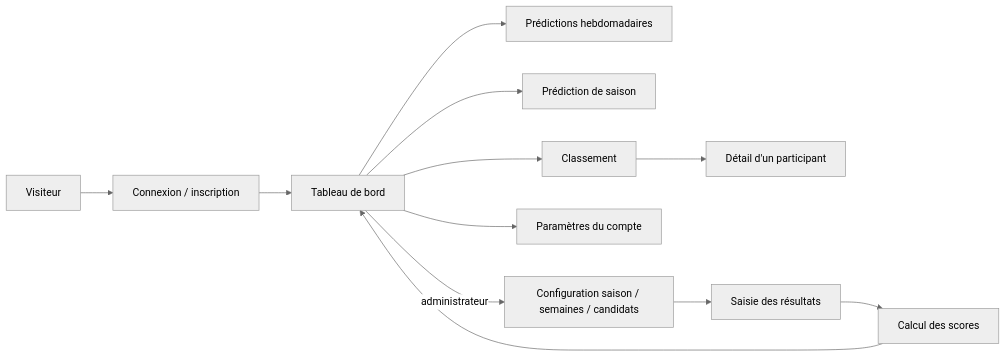
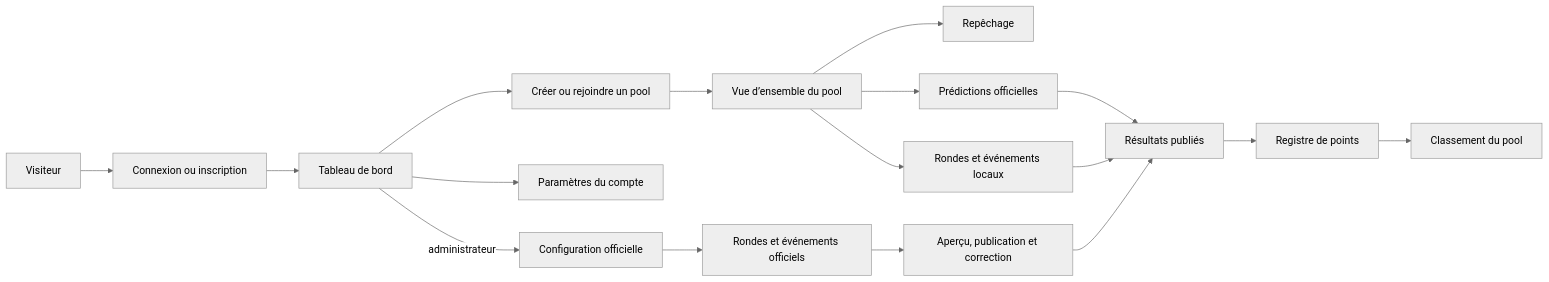
Before and after one commit to fsay2604/poolbbc: the diagram in docs/flows/README.md, drawn with Mermaid (neutral theme). The commit also changed other lines of this file and 47 other files, not shown here.

Commit message:
Refresh current user flow documentation

````diff
--- a/docs/flows/README.md
+++ b/docs/flows/README.md
@@ -47,14 +45,19 @@
 ```mermaid
 flowchart LR
-    A["Visiteur"] --> B["Connexion / inscription"]
+    A["Visiteur"] --> B["Connexion ou inscription"]
     B --> C["Tableau de bord"]
-    C --> D["Prédictions hebdomadaires"]
-    C --> E["Prédiction de saison"]
-    C --> F["Classement"]
-    F --> G["Détail d'un participant"]
-    C --> H["Paramètres du compte"]
-    C -->|administrateur| I["Configuration saison / semaines / candidats"]
-    I --> J["Saisie des résultats"]
-    J --> K["Calcul des scores"]
-    K --> C
+    C --> D["Créer ou rejoindre un pool"]
+    D --> E["Vue d’ensemble du pool"]
+    E --> F["Repêchage"]
+    E --> G["Prédictions officielles"]
+    E --> H["Rondes et événements locaux"]
+    G --> I["Résultats publiés"]
+    H --> I
+    I --> J["Registre de points"]
+    J --> K["Classement du pool"]
+    C --> L["Paramètres du compte"]
+    C -->|administrateur| M["Configuration officielle"]
+    M --> N["Rondes et événements officiels"]
+    N --> O["Aperçu, publication et correction"]
+    O --> I
 ```
````
